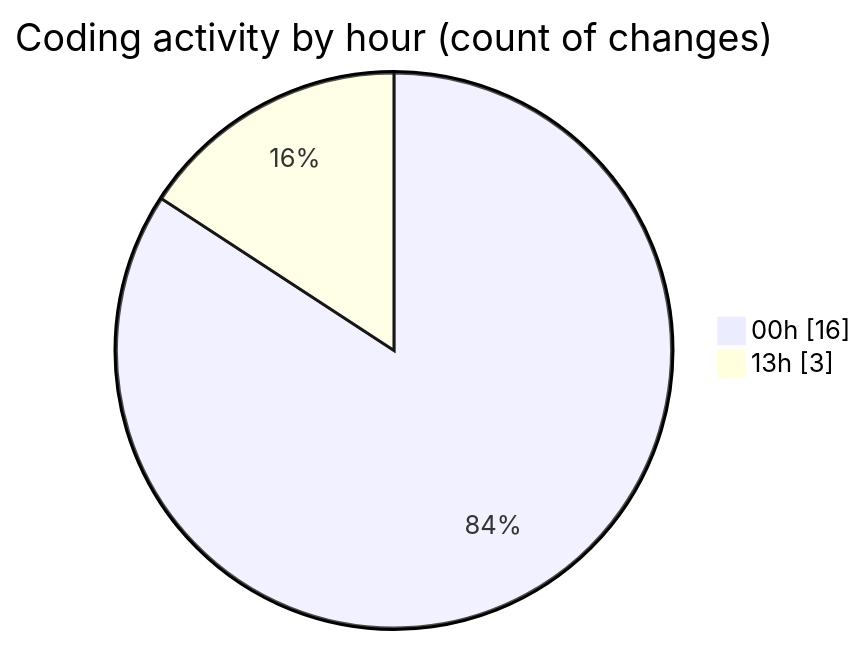
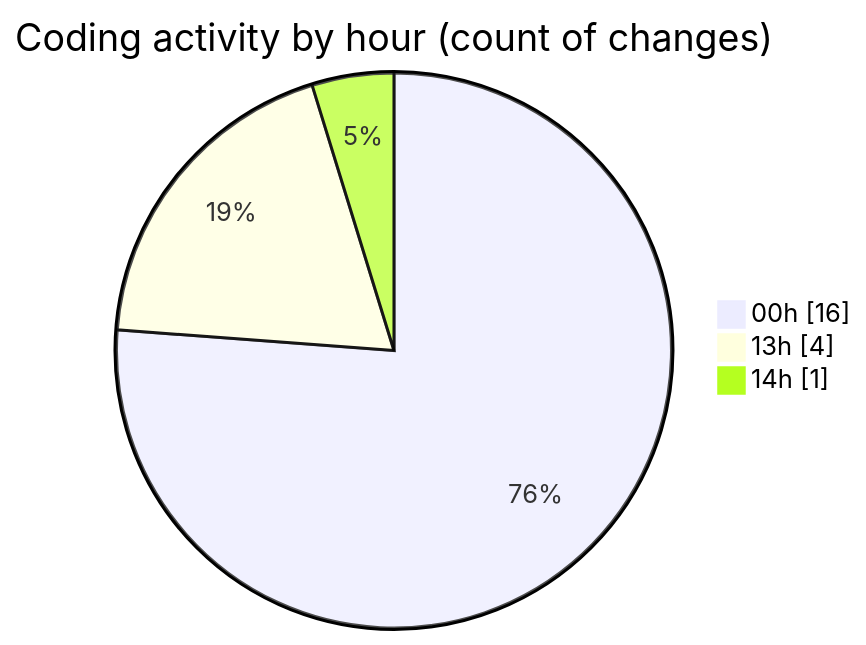
One commit to EIIisD/code-tracking changed the second of 2 diagrams in 2025-07-27/vtuber/README.md. Above: the diagram before and after it, drawn with Mermaid. The commit also changed other lines of this file and 1 other file, not shown here.

````diff
--- a/2025-07-27/vtuber/README.md
+++ b/2025-07-27/vtuber/README.md
@@ -35,6 +35,7 @@
 ```mermaid
 pie showData
 title Coding activity by hour (count of changes)
 "00h" : 16
-"13h" : 3
+"13h" : 4
+"14h" : 1
 ```
````
